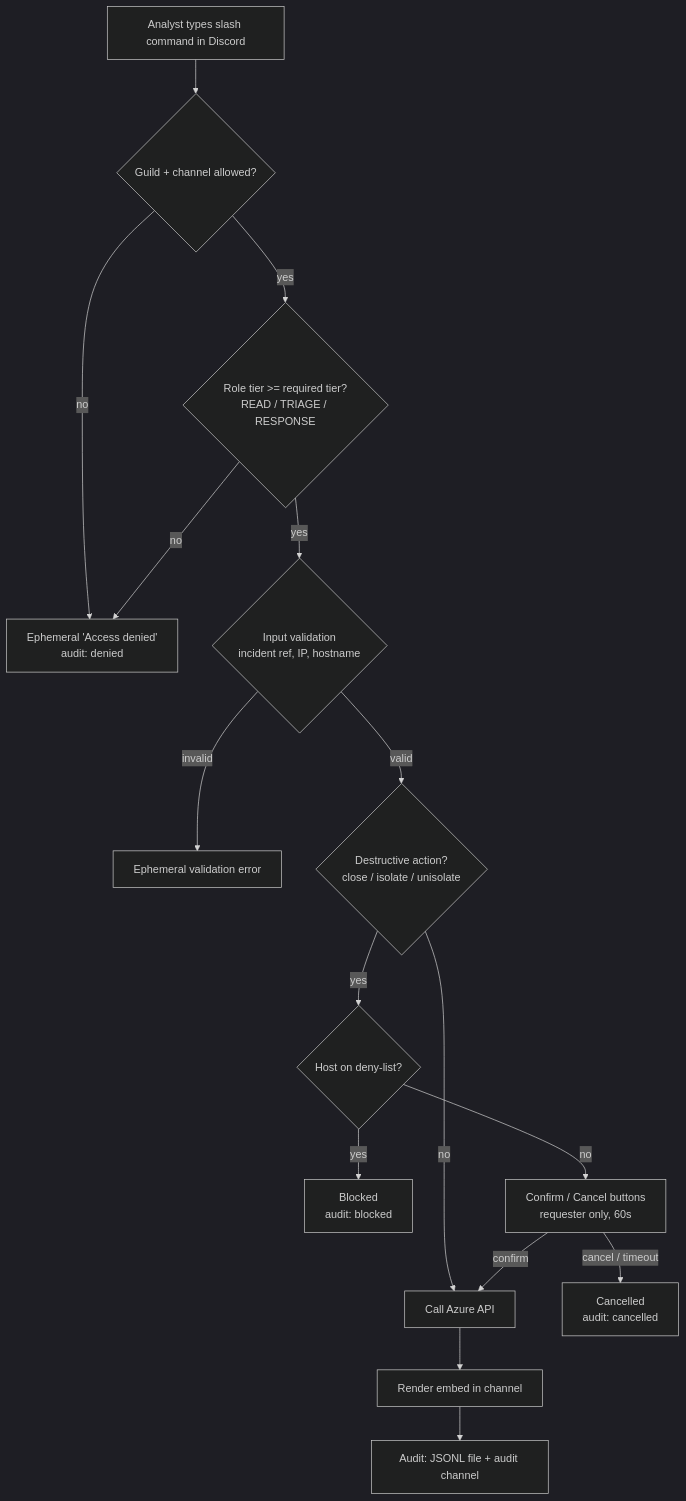
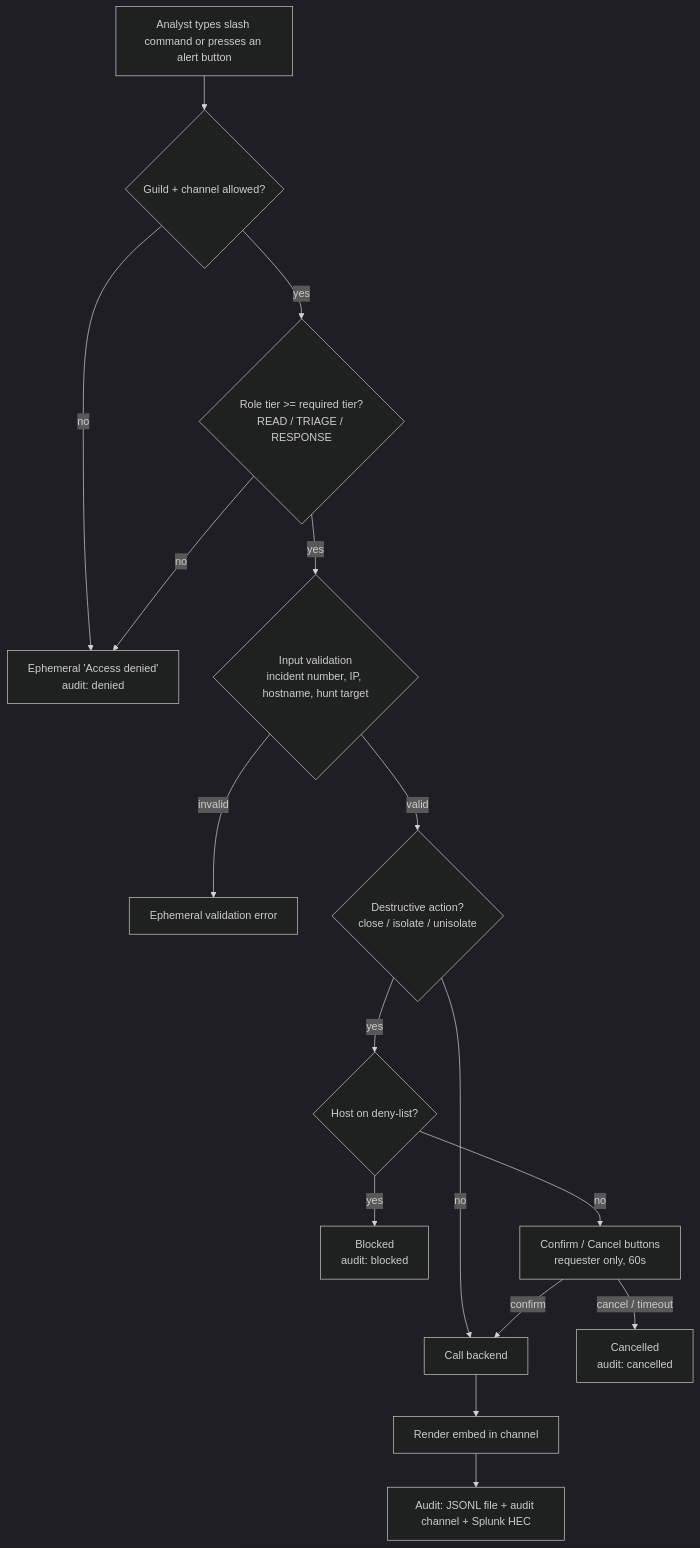
The first of 4 diagrams in docs/flowchart.md (MustafaS14/SOC_Automation_Bot), drawn with Mermaid (dark theme) before and after one commit. The commit also changed other lines of this file and 42 other files, not shown here.

First line of the commit message:
Refactor bot from Azure to the local Splunk lab

````diff
--- a/docs/flowchart.md
+++ b/docs/flowchart.md
@@ -7,18 +7,18 @@
 ```mermaid
 flowchart TD
-    A[Analyst types slash command in Discord] --> B{Guild + channel allowed?}
+    A[Analyst types slash command or presses an alert button] --> B{Guild + channel allowed?}
     B -- no --> X[Ephemeral 'Access denied'<br/>audit: denied]
     B -- yes --> C{Role tier >= required tier?<br/>READ / TRIAGE / RESPONSE}
     C -- no --> X
-    C -- yes --> D{Input validation<br/>incident ref, IP, hostname}
+    C -- yes --> D{Input validation<br/>incident number, IP, hostname, hunt target}
     D -- invalid --> Y[Ephemeral validation error]
     D -- valid --> E{Destructive action?<br/>close / isolate / unisolate}
-    E -- no --> F[Call Azure API]
+    E -- no --> F[Call backend]
     E -- yes --> G{Host on deny-list?}
     G -- yes --> Z[Blocked<br/>audit: blocked]
     G -- no --> H[Confirm / Cancel buttons<br/>requester only, 60s]
     H -- cancel / timeout --> W[Cancelled<br/>audit: cancelled]
     H -- confirm --> F
     F --> I[Render embed in channel]
-    I --> J[Audit: JSONL file + audit channel]
+    I --> J[Audit: JSONL file + audit channel + Splunk HEC]
 ```
````
